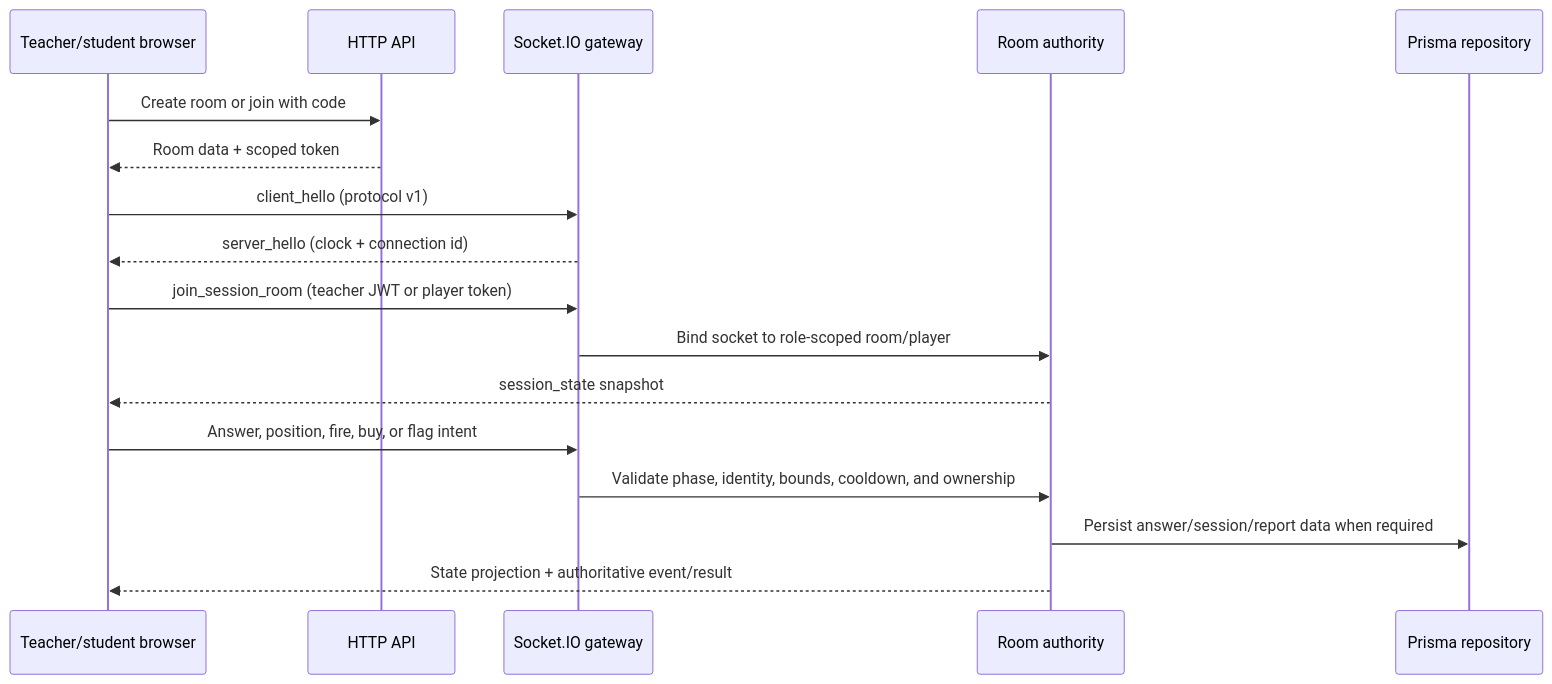
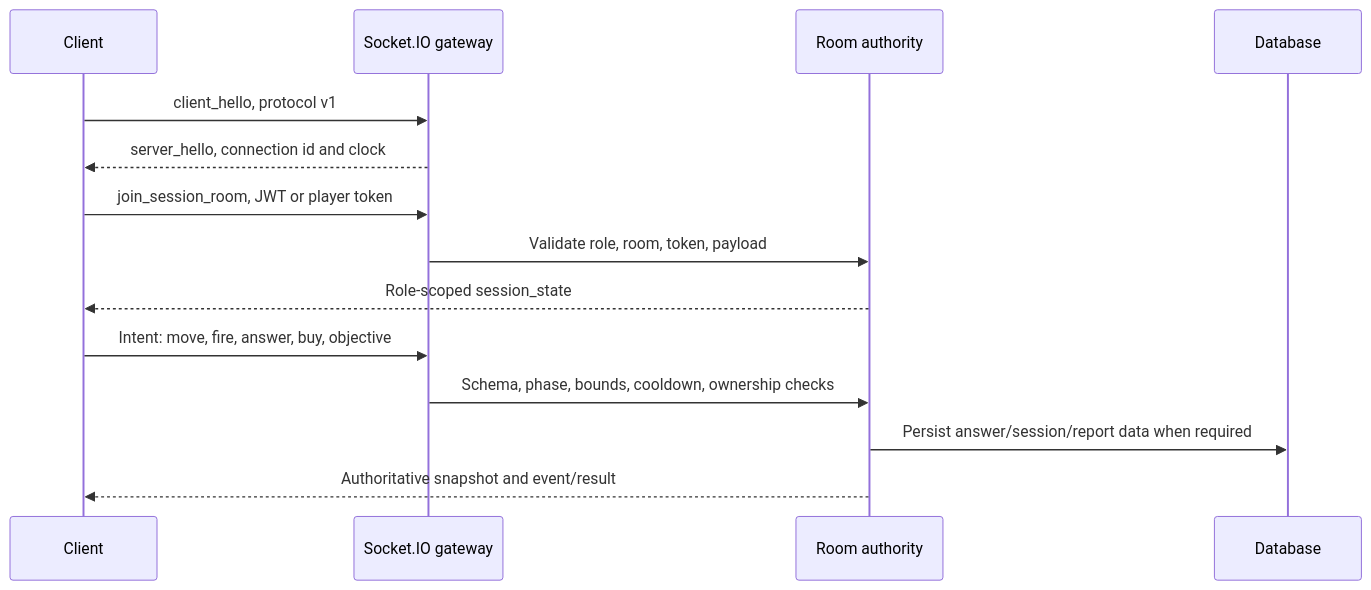
One commit to susume/GyakutenEigo changed the second of 2 diagrams in architecture.md. Above: the diagram before and after it, drawn with Mermaid. The commit also changed other lines of this file and 2 other files, not shown here.

Commit message:
architecture update

````diff
--- a/architecture.md
+++ b/architecture.md
@@ -150,20 +157,16 @@
-```mermaid
+~~~mermaid
 sequenceDiagram
-  participant T as Teacher/student browser
-  participant H as HTTP API
-  participant G as Socket.IO gateway
-  participant R as Room authority
-  participant P as Prisma repository
-
-  T->>H: Create room or join with code
-  H-->>T: Room data + scoped token
-  T->>G: client_hello (protocol v1)
-  G-->>T: server_hello (clock + connection id)
-  T->>G: join_session_room (teacher JWT or player token)
-  G->>R: Bind socket to role-scoped room/player
-  R-->>T: session_state snapshot
-  T->>G: Answer, position, fire, buy, or flag intent
-  G->>R: Validate phase, identity, bounds, cooldown, and ownership
-  R->>P: Persist answer/session/report data when required
-  R-->>T: State projection + authoritative event/result
-```
+  participant C as Client
+  participant S as Socket.IO gateway
+  participant A as Room authority
+  participant D as Database
+  C->>S: client_hello, protocol v1
+  S-->>C: server_hello, connection id and clock
+  C->>S: join_session_room, JWT or player token
+  S->>A: Validate role, room, token, payload
+  A-->>C: Role-scoped session_state
+  C->>S: Intent: move, fire, answer, buy, objective
+  S->>A: Schema, phase, bounds, cooldown, ownership checks
+  A->>D: Persist answer/session/report data when required
+  A-->>C: Authoritative snapshot and event/result
+~~~
````
